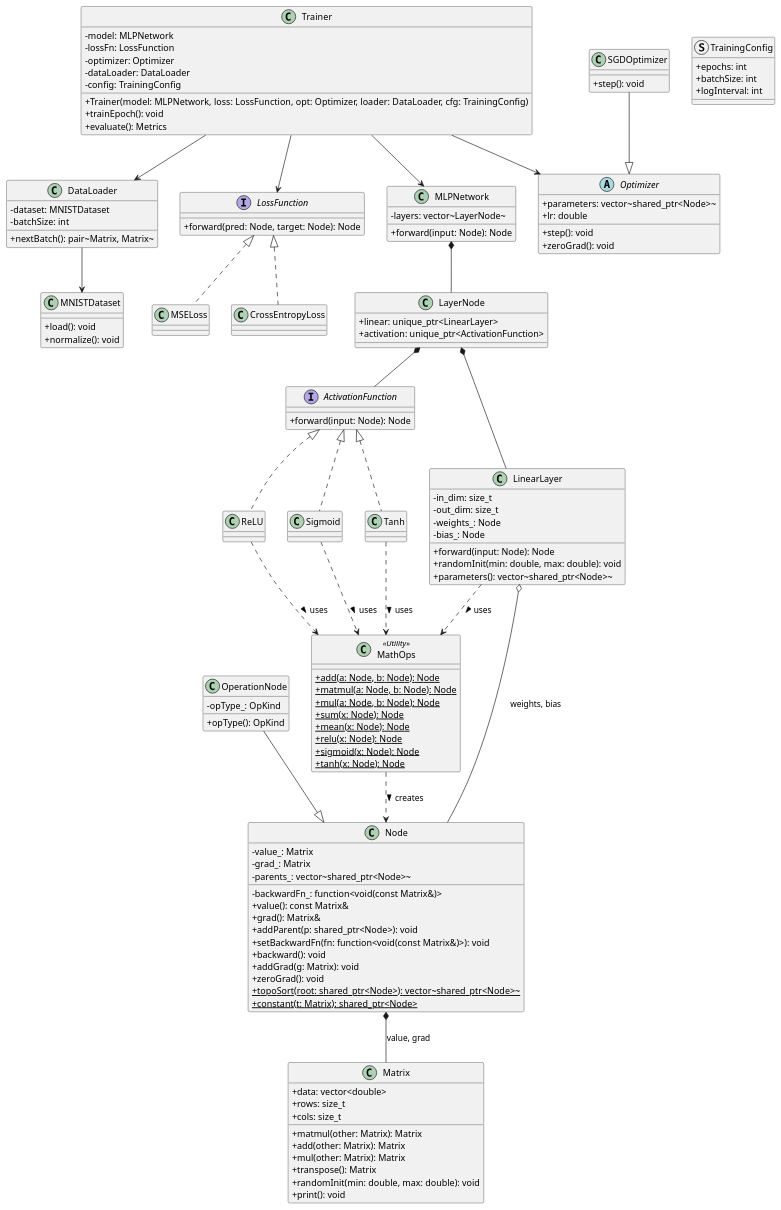
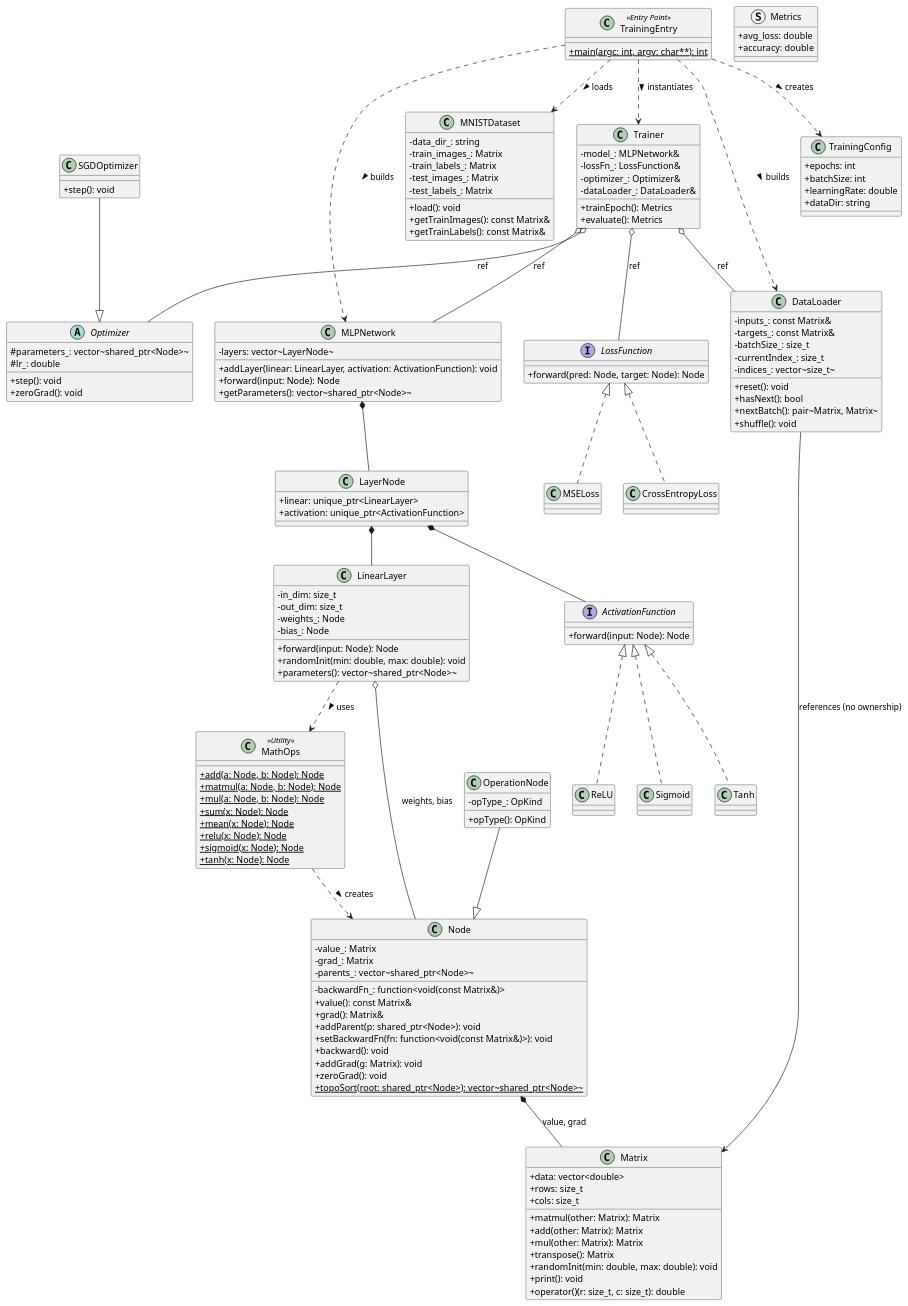
The diagram in Docs/conception_detaillee.puml (hibouwu/ppn-mnist-neural-network), drawn with PlantUML before and after one commit. The commit also changed 2 other files, not shown here.

Commit message:
Fix our UML class diagram

```diff
--- a/Docs/conception_detaillee.puml
+++ b/Docs/conception_detaillee.puml
@@ -1,141 +1,165 @@
 @startuml
 skinparam classAttributeIconSize 0
 top to bottom direction
 
 class Matrix {
   +data: vector<double>
   +rows: size_t
   +cols: size_t
   +matmul(other: Matrix): Matrix
   +add(other: Matrix): Matrix
   +mul(other: Matrix): Matrix
   +transpose(): Matrix
   +randomInit(min: double, max: double): void
   +print(): void
+  +operator()(r: size_t, c: size_t): double
 }
 
 class Node {
   -value_: Matrix
   -grad_: Matrix
   -parents_: vector~shared_ptr<Node>~
   -backwardFn_: function<void(const Matrix&)>
   +value(): const Matrix&
   +grad(): Matrix&
   +addParent(p: shared_ptr<Node>): void
   +setBackwardFn(fn: function<void(const Matrix&)>): void
   +backward(): void
   +addGrad(g: Matrix): void
   +zeroGrad(): void
   {static} +topoSort(root: shared_ptr<Node>): vector~shared_ptr<Node>~
-  {static} +constant(t: Matrix): shared_ptr<Node>
 }
 Node *-- Matrix : value, grad
 
 class OperationNode {
   -opType_: OpKind
   +opType(): OpKind
 }
 OperationNode --|> Node
 
 class MathOps <<Utility>> {
   {static} +add(a: Node, b: Node): Node
   {static} +matmul(a: Node, b: Node): Node
   {static} +mul(a: Node, b: Node): Node
   {static} +sum(x: Node): Node
   {static} +mean(x: Node): Node
   {static} +relu(x: Node): Node
   {static} +sigmoid(x: Node): Node
   {static} +tanh(x: Node): Node
 }
 MathOps ..> Node : creates >
 
 interface ActivationFunction {
   +forward(input: Node): Node
 }
 class ReLU
 class Sigmoid
 class Tanh
 ActivationFunction <|.. ReLU
 ActivationFunction <|.. Sigmoid
 ActivationFunction <|.. Tanh
-ReLU ..> MathOps : uses >
-Sigmoid ..> MathOps : uses >
-Tanh ..> MathOps : uses >
 
 class LinearLayer {
   -in_dim: size_t
   -out_dim: size_t
   -weights_: Node
   -bias_: Node
   +forward(input: Node): Node
   +randomInit(min: double, max: double): void
   +parameters(): vector~shared_ptr<Node>~
 }
 LinearLayer o-- Node : weights, bias
 LinearLayer ..> MathOps : uses >
 
 class LayerNode {
   +linear: unique_ptr<LinearLayer>
   +activation: unique_ptr<ActivationFunction>
 }
 
 class MLPNetwork {
   -layers: vector~LayerNode~
+  +addLayer(linear: LinearLayer, activation: ActivationFunction): void
   +forward(input: Node): Node
+  +getParameters(): vector~shared_ptr<Node>~
 }
 MLPNetwork *-- LayerNode
 LayerNode *-- LinearLayer
 LayerNode *-- ActivationFunction
 
 interface LossFunction {
   +forward(pred: Node, target: Node): Node
 }
 class MSELoss
 class CrossEntropyLoss
 LossFunction <|.. MSELoss
 LossFunction <|.. CrossEntropyLoss
 
 abstract Optimizer {
-  +parameters: vector~shared_ptr<Node>~
-  +lr: double
+  #parameters_: vector~shared_ptr<Node>~
+  #lr_: double
   +step(): void
   +zeroGrad(): void
 }
 class SGDOptimizer {
   +step(): void
 }
 SGDOptimizer --|> Optimizer
 
 class MNISTDataset {
+  -data_dir_: string
+  -train_images_: Matrix
+  -train_labels_: Matrix
+  -test_images_: Matrix
+  -test_labels_: Matrix
   +load(): void
-  +normalize(): void
+  +getTrainImages(): const Matrix&
+  +getTrainLabels(): const Matrix&
 }
 
 class DataLoader {
-  -dataset: MNISTDataset
-  -batchSize: int
+  -inputs_: const Matrix&
+  -targets_: const Matrix&
+  -batchSize_: size_t
+  -currentIndex_: size_t
+  -indices_: vector~size_t~
+  +reset(): void
+  +hasNext(): bool
   +nextBatch(): pair~Matrix, Matrix~
+  +shuffle(): void
 }
-DataLoader --> MNISTDataset
+DataLoader --> Matrix : references (no ownership)
 
-struct TrainingConfig {
-  +epochs: int
-  +batchSize: int
-  +logInterval: int
+struct Metrics {
+  +avg_loss: double
+  +accuracy: double
 }
 
 class Trainer {
-  -model: MLPNetwork
-  -lossFn: LossFunction
-  -optimizer: Optimizer
-  -dataLoader: DataLoader
-  -config: TrainingConfig
-  +Trainer(model: MLPNetwork, loss: LossFunction, opt: Optimizer, loader: DataLoader, cfg: TrainingConfig)
-  +trainEpoch(): void
+  -model_: MLPNetwork&
+  -lossFn_: LossFunction&
+  -optimizer_: Optimizer&
+  -dataLoader_: DataLoader&
+  +trainEpoch(): Metrics
   +evaluate(): Metrics
 }
-Trainer --> MLPNetwork
-Trainer --> LossFunction
-Trainer --> Optimizer
-Trainer --> DataLoader
+Trainer o-- MLPNetwork : ref
+Trainer o-- LossFunction : ref
+Trainer o-- Optimizer : ref
+Trainer o-- DataLoader : ref
+
+class TrainingConfig {
+  +epochs: int
+  +batchSize: int
+  +learningRate: double
+  +dataDir: string
+}
+
+class TrainingEntry <<Entry Point>> {
+  + {static} main(argc: int, argv: char**): int
+}
+TrainingEntry ..> Trainer : instantiates >
+TrainingEntry ..> TrainingConfig : creates >
+TrainingEntry ..> MNISTDataset : loads >
+TrainingEntry ..> MLPNetwork : builds >
+TrainingEntry ..> DataLoader : builds >
 @enduml
```
